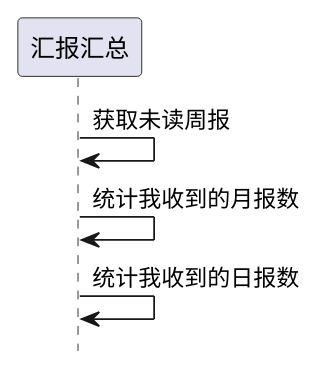
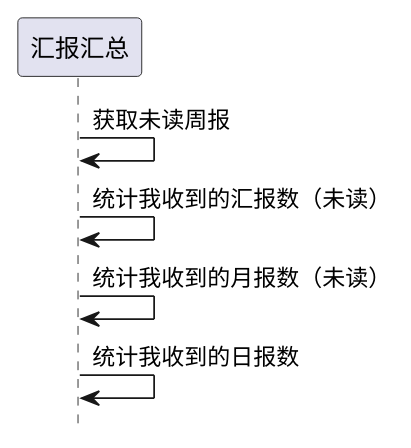
One commit to zj335841911/nt_chandao changed the second of 2 diagrams in ibizpms-docs/src/main/doc/v1/module/report/IbzReport_old.md. Above: the diagram before and after it, drawn with PlantUML. The commit also changed other lines of this file and 4 other files, not shown here.

```diff
--- a/ibizpms-docs/src/main/doc/v1/module/report/IbzReport_old.md
+++ b/ibizpms-docs/src/main/doc/v1/module/report/IbzReport_old.md
@@ -122,7 +122,8 @@
 {% plantuml %}
 hide footbox
 
 汇报汇总 -> 汇报汇总: 获取未读周报
-汇报汇总 -> 汇报汇总: 统计我收到的月报数
+汇报汇总 -> 汇报汇总: 统计我收到的汇报数（未读）
+汇报汇总 -> 汇报汇总: 统计我收到的月报数（未读）
 汇报汇总 -> 汇报汇总: 统计我收到的日报数
 {% endplantuml %}
```
